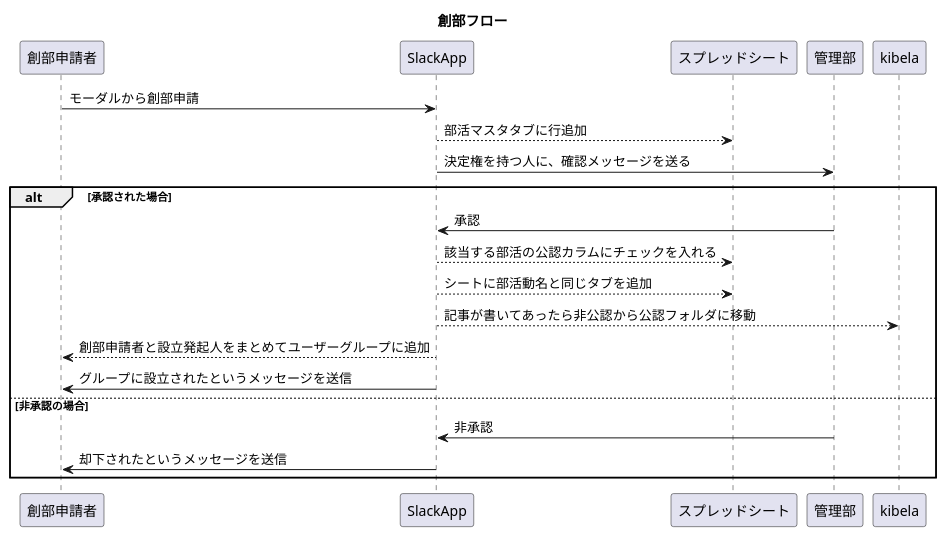
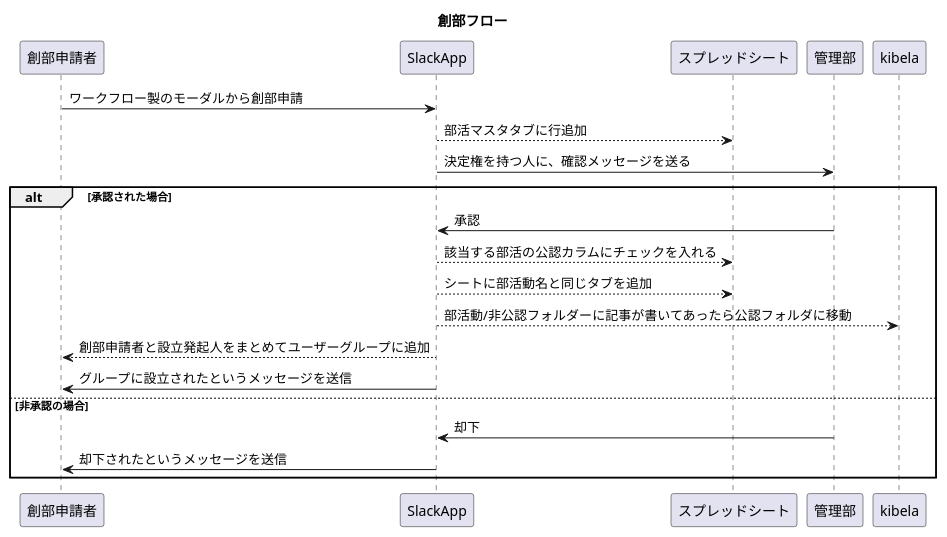
One commit to tam-bourine/club-entry-manager changed the diagram in docs/CreateClub.pu. Above: the diagram before and after it, drawn with PlantUML.

Commit message:
fix: 分かりにくい文言の修正

```diff
--- a/docs/CreateClub.pu
+++ b/docs/CreateClub.pu
@@ -1,19 +1,19 @@
 @startuml
 title 創部フロー
-創部申請者 -> SlackApp: モーダルから創部申請
+創部申請者 -> SlackApp: ワークフロー製のモーダルから創部申請
 SlackApp --> スプレッドシート: 部活マスタタブに行追加
 SlackApp -> 管理部: 決定権を持つ人に、確認メッセージを送る
 
 alt 承認された場合
     管理部 -> SlackApp: 承認
     SlackApp --> スプレッドシート: 該当する部活の公認カラムにチェックを入れる
     SlackApp --> スプレッドシート: シートに部活動名と同じタブを追加
-    SlackApp --> kibela: 記事が書いてあったら非公認から公認フォルダに移動
+    SlackApp --> kibela: 部活動/非公認フォルダーに記事が書いてあったら公認フォルダに移動
     SlackApp --> 創部申請者: 創部申請者と設立発起人をまとめてユーザーグループに追加
     SlackApp -> 創部申請者: グループに設立されたというメッセージを送信
 else 非承認の場合
-    管理部 -> SlackApp: 非承認
+    管理部 -> SlackApp: 却下
     SlackApp -> 創部申請者: 却下されたというメッセージを送信
 end
 
 @enduml
```
